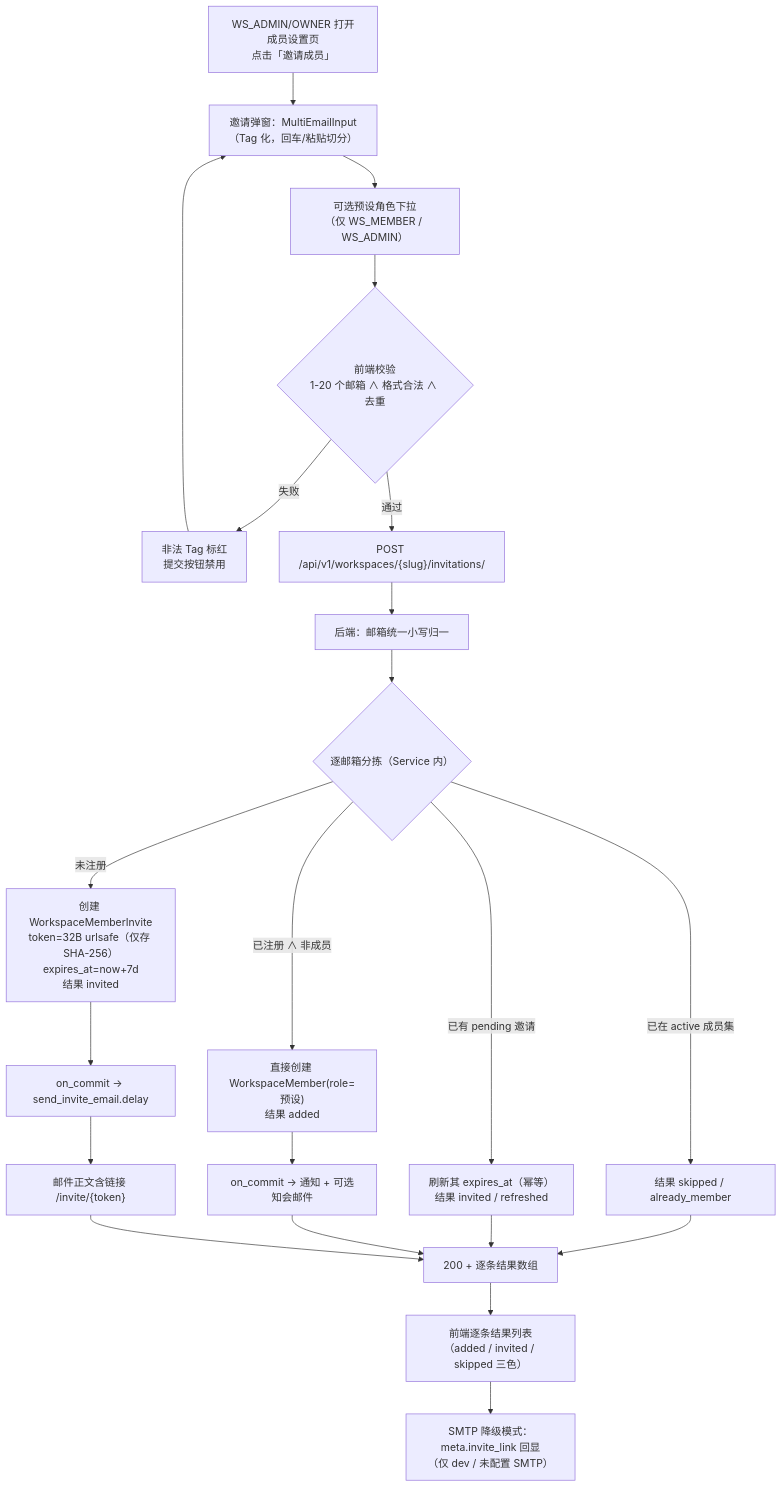
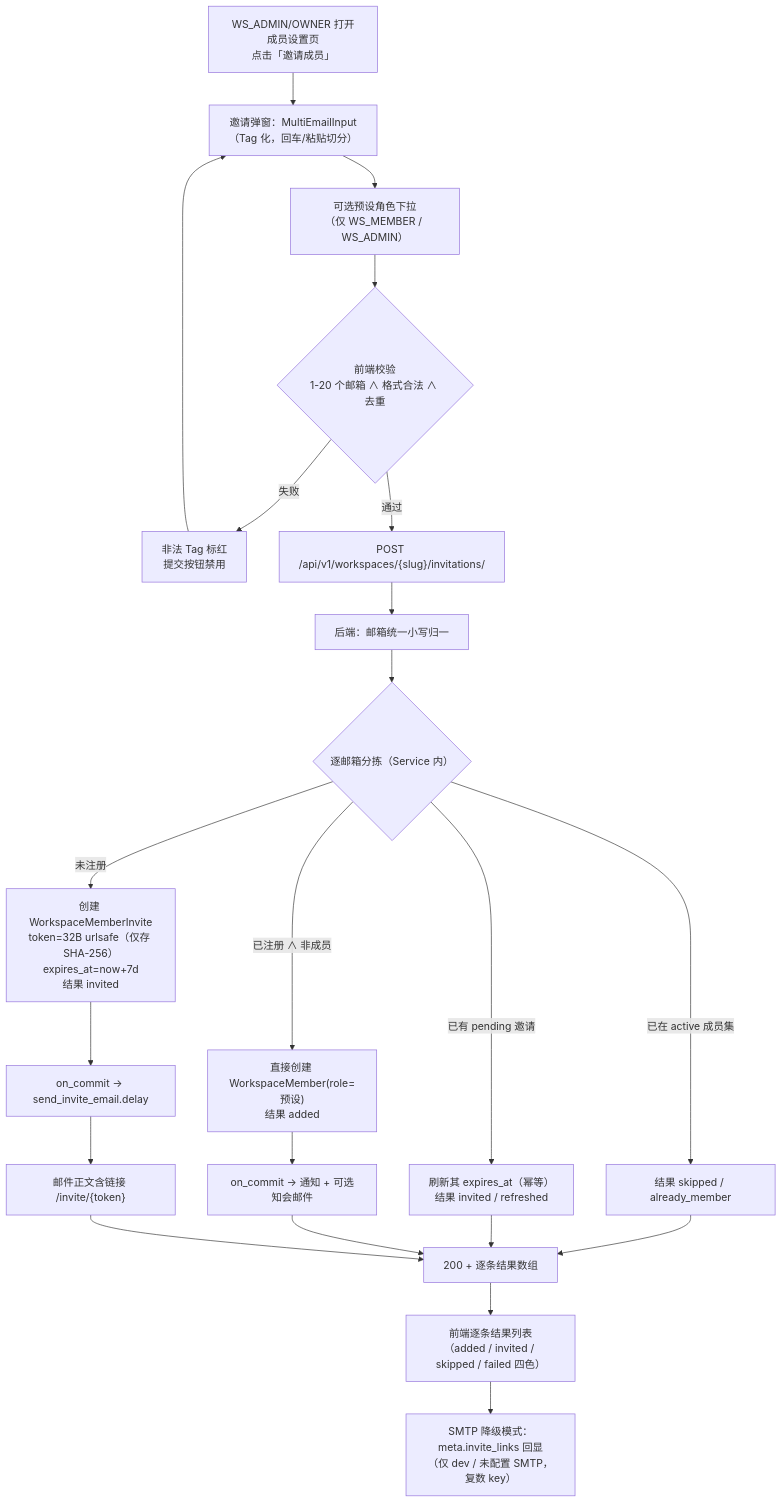
One commit to RabbitAI-Lab/RabbitProjects changed the first of 6 diagrams in docs/sprint-1-mvp/TEAM-002-member-management.md. Above: the diagram before and after it, drawn with Mermaid. The commit also changed other lines of this file and 11 other files, not shown here.

````diff
--- a/docs/sprint-1-mvp/TEAM-002-member-management.md
+++ b/docs/sprint-1-mvp/TEAM-002-member-management.md
@@ -96,24 +98,24 @@
 ```mermaid
 flowchart TD
     A["WS_ADMIN/OWNER 打开成员设置页<br/>点击「邀请成员」"] --> B["邀请弹窗：MultiEmailInput<br/>（Tag 化，回车/粘贴切分）"]
     B --> C["可选预设角色下拉<br/>（仅 WS_MEMBER / WS_ADMIN）"]
     C --> D{"前端校验<br/>1-20 个邮箱 ∧ 格式合法 ∧ 去重"}
     D -->|失败| D1["非法 Tag 标红<br/>提交按钮禁用"]
     D1 --> B
     D -->|通过| E["POST /api/v1/workspaces/{slug}/invitations/"]
     E --> F["后端：邮箱统一小写归一"]
     F --> G{"逐邮箱分拣（Service 内）"}
     G -- "已在 active 成员集" --> C1["结果 skipped / already_member"]
     G -- "已有 pending 邀请" --> C2["刷新其 expires_at（幂等）<br/>结果 invited / refreshed"]
     G -- "已注册 ∧ 非成员" --> D1a["直接创建 WorkspaceMember(role=预设)<br/>结果 added"]
     G -- "未注册" --> D2a["创建 WorkspaceMemberInvite<br/>token=32B urlsafe（仅存 SHA-256）<br/>expires_at=now+7d<br/>结果 invited"]
     D1a --> E1["on_commit → 通知 + 可选知会邮件"]
     D2a --> E2["on_commit → send_invite_email.delay"]
     E2 --> F2["邮件正文含链接 /invite/{token}"]
     C1 --> R
     C2 --> R
     E1 --> R["200 + 逐条结果数组"]
     F2 --> R
-    R --> H["前端逐条结果列表<br/>（added / invited / skipped 三色）"]
-    H --> I["SMTP 降级模式：meta.invite_link 回显<br/>（仅 dev / 未配置 SMTP）"]
+    R --> H["前端逐条结果列表<br/>（added / invited / skipped / failed 四色）"]
+    H --> I["SMTP 降级模式：meta.invite_links 回显<br/>（仅 dev / 未配置 SMTP，复数 key）"]
 ```
````
